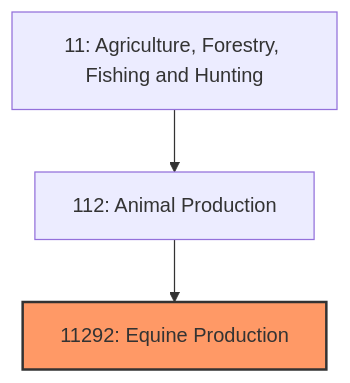
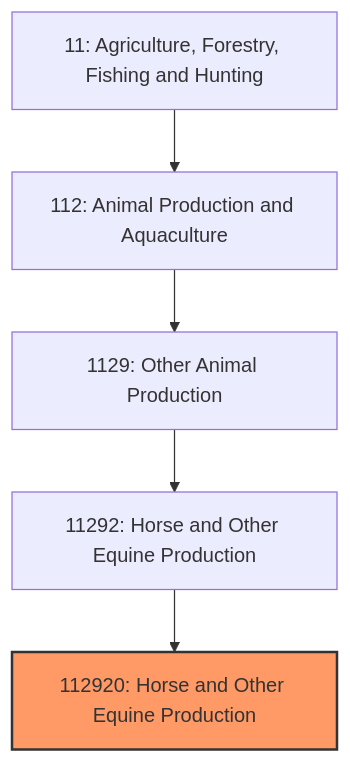
The first of 3 diagrams in industries/Agriculture/AnimalProduction/EquineProduction.mdx (kziemski/business.org.ai), drawn with Mermaid before and after one commit. The commit also changed other lines of this file and 67 other files, not shown here.

````diff
--- a/industries/Agriculture/AnimalProduction/EquineProduction.mdx
+++ b/industries/Agriculture/AnimalProduction/EquineProduction.mdx
@@ -20,7 +34,9 @@
 ```mermaid
 graph TD
     S11["11: Agriculture, Forestry, Fishing and Hunting"]
-    S11 --> N112["112: Animal Production"]
-    N112 --> N11292["11292: Equine Production"]
-    style N11292 fill:#f96,stroke:#333,stroke-width:2px
+    S11 --> N112["112: Animal Production and Aquaculture"]
+    N112 --> N1129["1129: Other Animal Production"]
+    N1129 --> N11292["11292: Horse and Other Equine Production"]
+    N11292 --> N112920["112920: Horse and Other Equine Production"]
+    style N112920 fill:#f96,stroke:#333,stroke-width:2px
 ```
````
